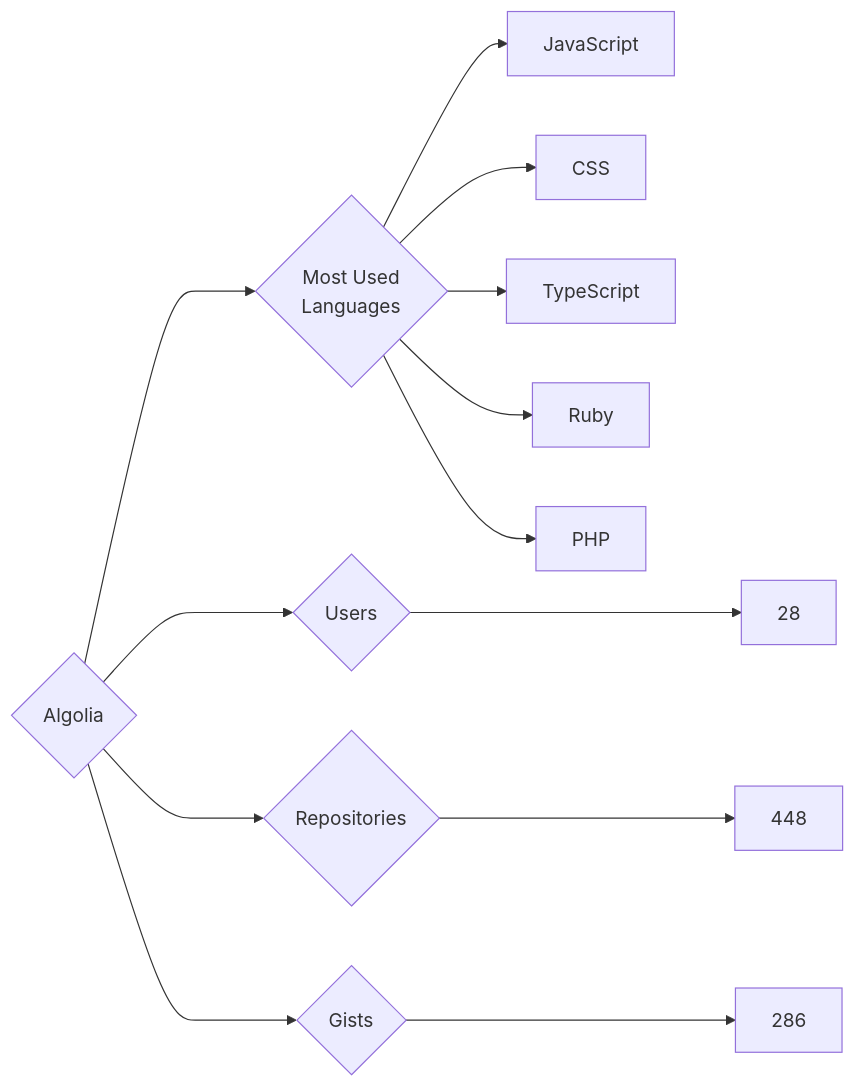
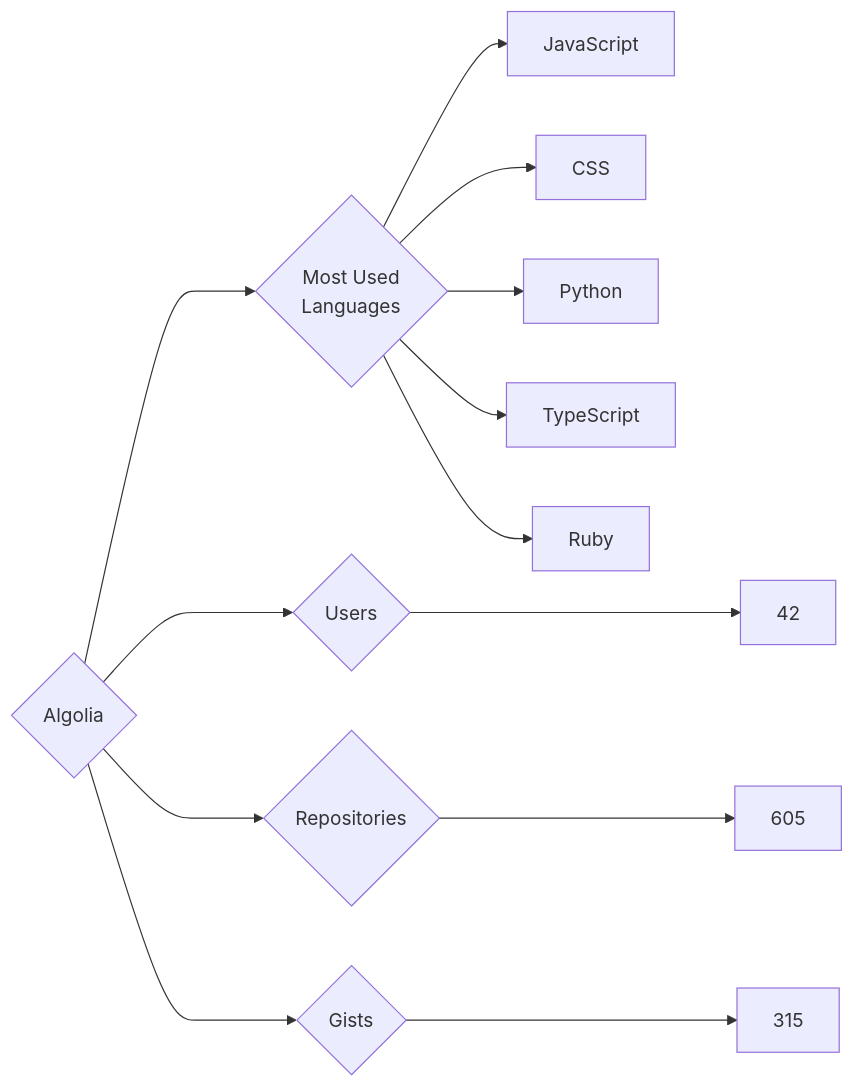
Before and after one commit to trickest/insiders: the diagram in targets/Algolia/README.md, drawn with Mermaid. The commit also changed 610 other files, not shown here.

````diff
--- a/targets/Algolia/README.md
+++ b/targets/Algolia/README.md
@@ -3,13 +3,13 @@
 ```mermaid
 graph LR
 COMPANY_NAME{Algolia}
-COMPANY_NAME ---> U{Users} ---> UN[28]
-COMPANY_NAME ---> R{Repositories} ---> RN[448]
-COMPANY_NAME ---> G{Gists} ---> GN[286]
+COMPANY_NAME ---> U{Users} ---> UN[42]
+COMPANY_NAME ---> R{Repositories} ---> RN[605]
+COMPANY_NAME ---> G{Gists} ---> GN[315]
 COMPANY_NAME ---> ML{Most Used<br>Languages}
 ML --> JavaScript[JavaScript]
 ML --> CSS[CSS]
+ML --> Python[Python]
 ML --> TypeScript[TypeScript]
 ML --> Ruby[Ruby]
-ML --> PHP[PHP]
 ```
````
